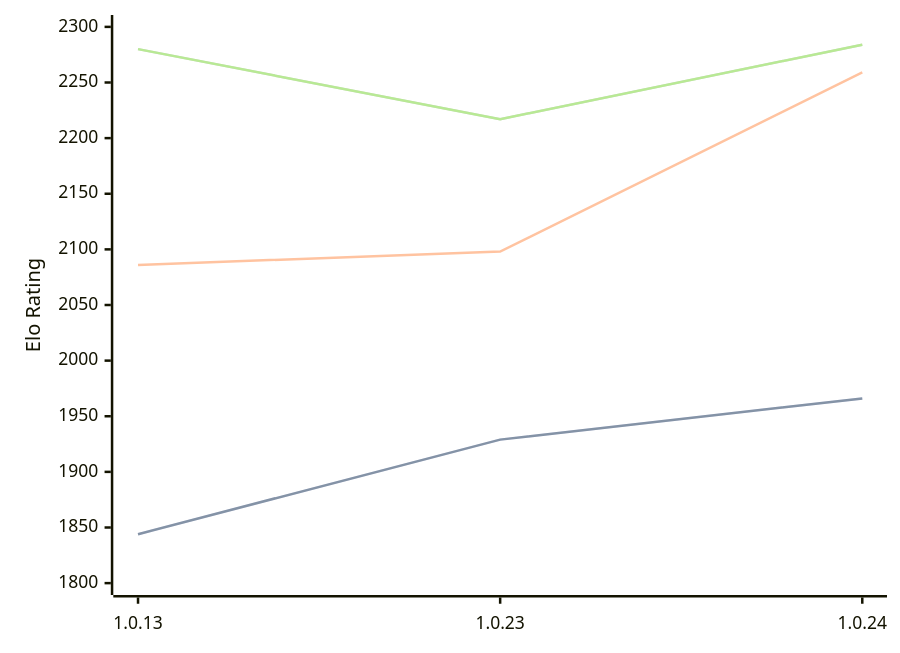
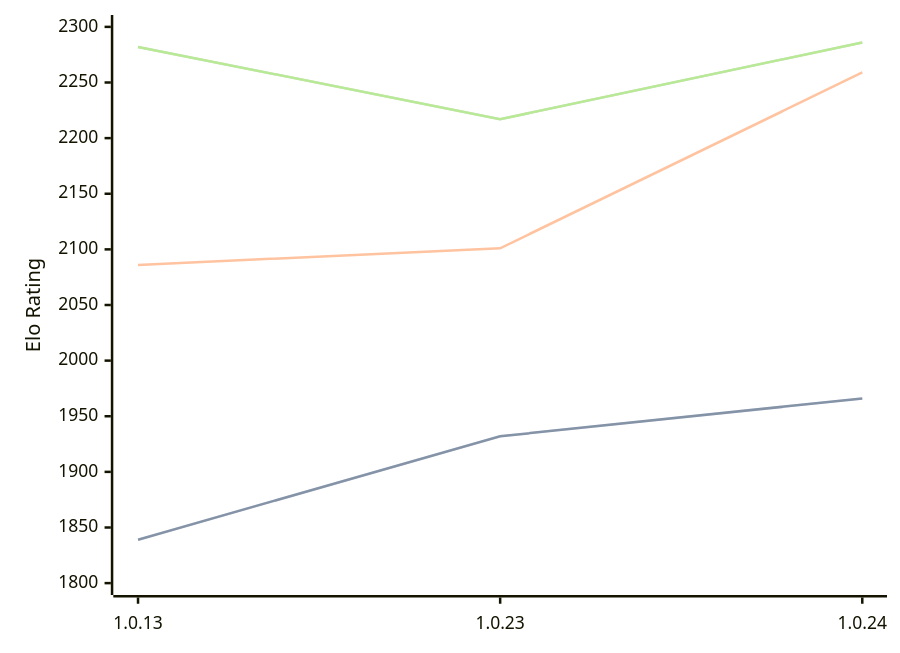
Before and after one commit to computer-chess-index/cci: the diagram in engines/RustyRival.md, drawn with Mermaid. The commit also changed other lines of this file, not shown here.

Commit message:
Update CCI Ratings (ELO VLTC) - 2026-02-21

````diff
--- a/engines/RustyRival.md
+++ b/engines/RustyRival.md
@@ -53,11 +53,11 @@
 ```mermaid
 %%{init: {"theme":"base","themeVariables":{"seriesColors:['#a3a3a3','#222221','#faa371']}}}%%
 xychart-beta
   x-axis ["1.0.13", "1.0.23", "1.0.24"]
   y-axis "Elo Rating" 1800 --> 2300
-  line "STC (8.0+0.08s)" [1844, 1929, 1966]
-  line "STC (8.0+0.08s)" [1844, 1929, 1966]
-  line "LTC (60.0+0.60s)" [2086, 2098, 2259]
-  line "VLTC (2m24s+1.12s)" [2280, 2217, 2284]
-  line "VLTC (2m24s+1.12s)" [2280, 2217, 2284]
+  line "STC (8.0+0.08s)" [1839, 1932, 1966]
+  line "STC (8.0+0.08s)" [1839, 1932, 1966]
+  line "LTC (60.0+0.60s)" [2086, 2101, 2259]
+  line "VLTC (2m24s+1.12s)" [2282, 2217, 2286]
+  line "VLTC (2m24s+1.12s)" [2282, 2217, 2286]
 ```
````
